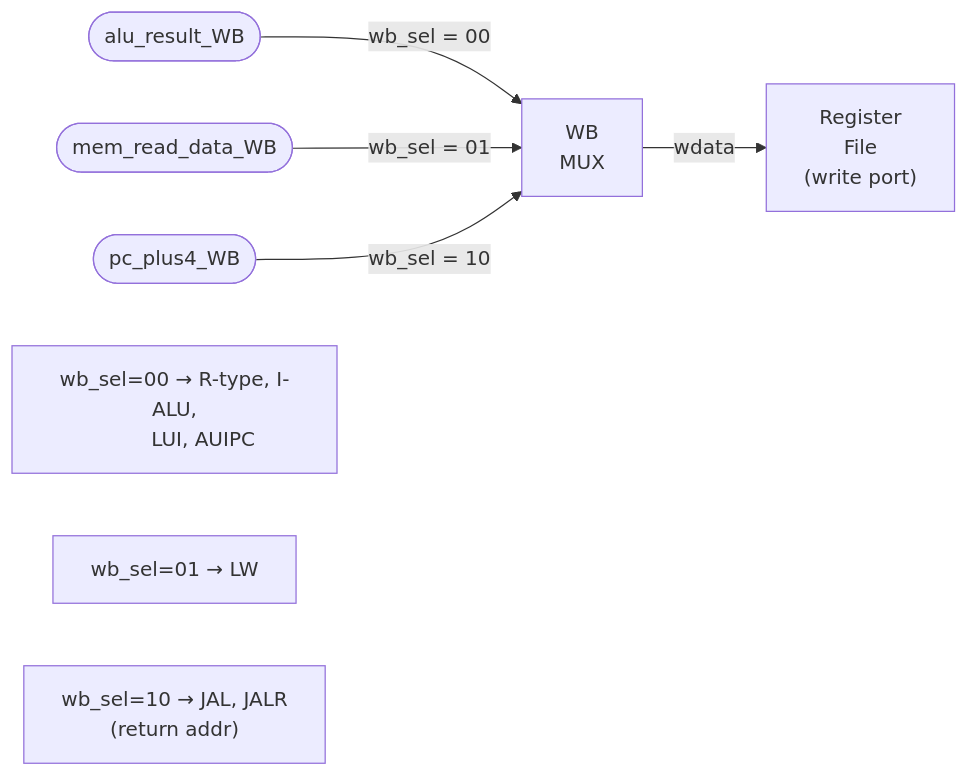
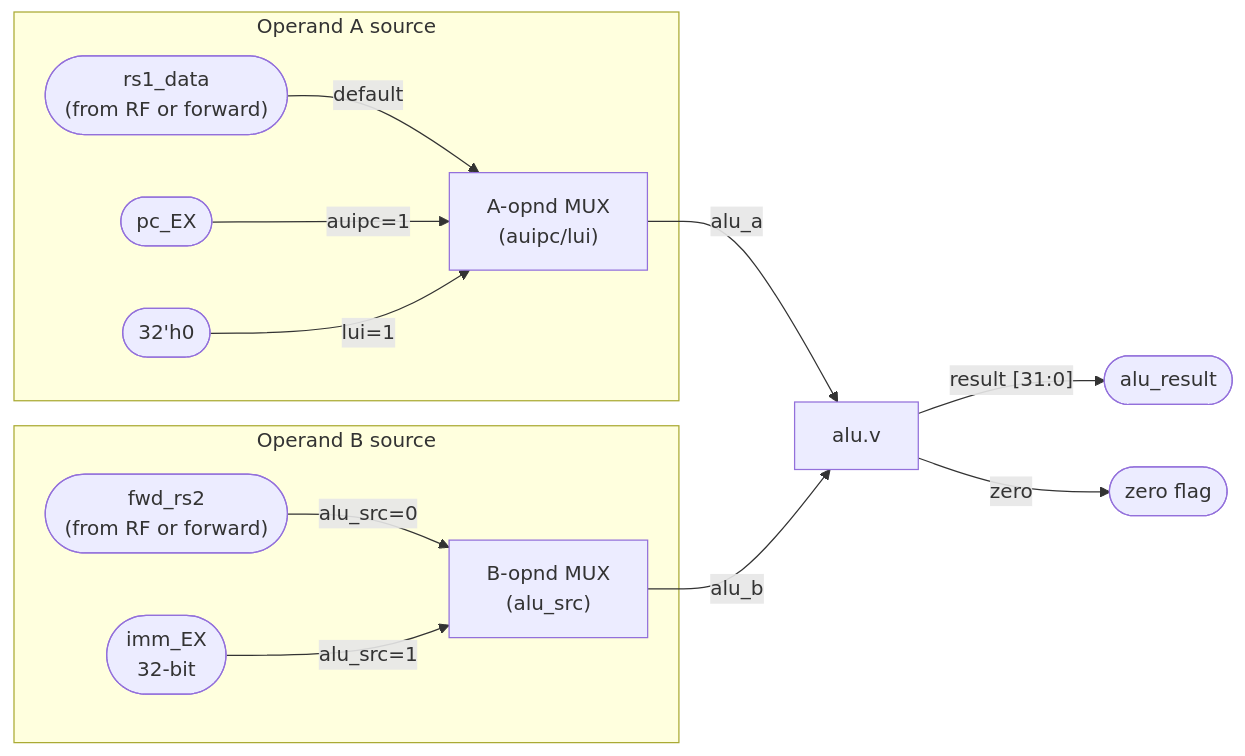
Before and after one commit to ankur-gupta-29/BoseRV: the fifth of 11 diagrams in RISCV_ARCHITECTURE.md, drawn with Mermaid. The commit also changed other lines of this file, not shown here.

Commit message:
docs: add final complete BoseRV architecture with all 11 diagrams

````diff
--- a/RISCV_ARCHITECTURE.md
+++ b/RISCV_ARCHITECTURE.md
@@ -224,11 +286,23 @@
 ```mermaid
 flowchart LR
-    ALU_R(["alu_result_WB"]) -->|"wb_sel = 00"| MUXWB2["WB\nMUX"]
-    MEM_R(["mem_read_data_WB"]) -->|"wb_sel = 01"| MUXWB2
-    PC4_R(["pc_plus4_WB"]) -->|"wb_sel = 10"| MUXWB2
-    MUXWB2 -->|"wdata"| RF2["Register\nFile\n(write port)"]
+    subgraph SRC_A["Operand A source"]
+        RF_RD1(["rs1_data\n(from RF or forward)"])
+        PC_EX(["pc_EX"])
+        ZERO_A(["32'h0"])
+        RF_RD1 -->|"default"| AMUX_F["A-opnd MUX\n(auipc/lui)"]
+        PC_EX  -->|"auipc=1"| AMUX_F
+        ZERO_A -->|"lui=1"| AMUX_F
+    end
 
-    NOTE1["wb_sel=00 → R-type, I-ALU,\n         LUI, AUIPC"]
-    NOTE2["wb_sel=01 → LW"]
-    NOTE3["wb_sel=10 → JAL, JALR\n         (return addr)"]
+    subgraph SRC_B["Operand B source"]
+        FWD_RS2(["fwd_rs2\n(from RF or forward)"])
+        IMM_EX(["imm_EX\n32-bit"])
+        FWD_RS2 -->|"alu_src=0"| BMUX_F["B-opnd MUX\n(alu_src)"]
+        IMM_EX  -->|"alu_src=1"| BMUX_F
+    end
+
+    AMUX_F -->|"alu_a"| ALU_FINAL["alu.v"]
+    BMUX_F -->|"alu_b"| ALU_FINAL
+    ALU_FINAL -->|"result [31:0]"| RESULT(["alu_result"])
+    ALU_FINAL -->|"zero"| ZERO_OUT(["zero flag"])
 ```
````
